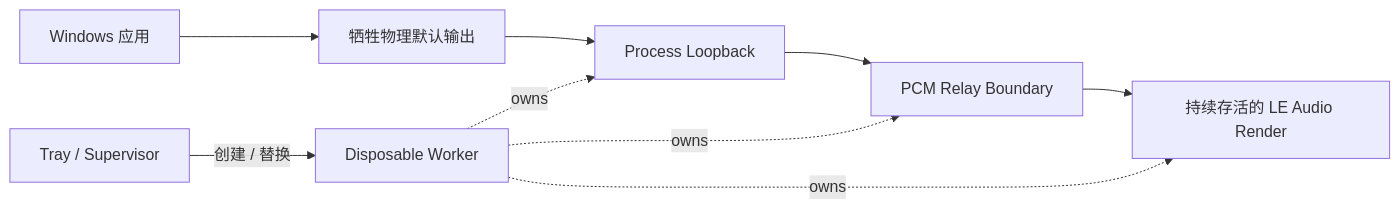
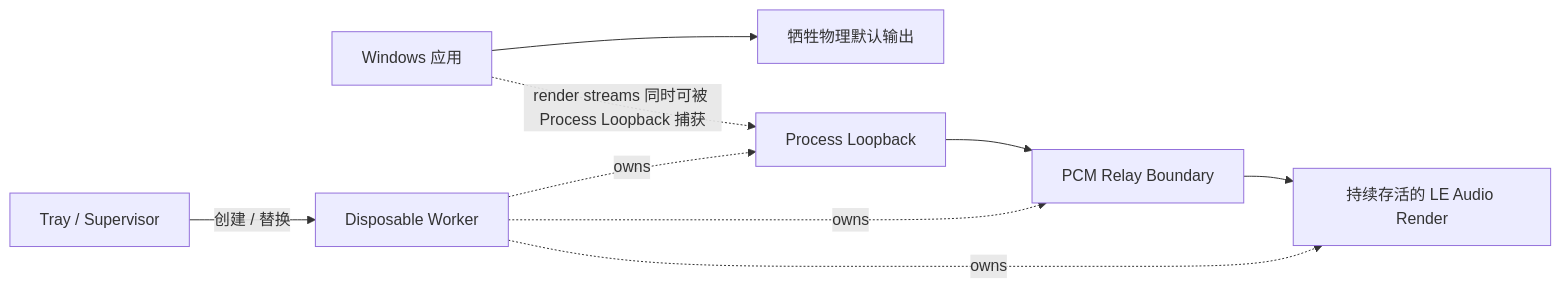
One commit to STanJK/LE-Audio-Relay changed the diagram in README.zh-CN.md. Above: the diagram before and after it, drawn with Mermaid. The commit also changed other lines of this file, not shown here.

````diff
--- a/README.zh-CN.md
+++ b/README.zh-CN.md
@@ -108,20 +114,20 @@
 ```mermaid
 flowchart LR
     Apps["Windows 应用"]
     Sink["牺牲物理默认输出"]
     Capture["Process Loopback"]
     Ring["PCM Relay Boundary"]
     Buds["持续存活的 LE Audio Render"]
     Tray["Tray / Supervisor"]
     Worker["Disposable Worker"]
 
     Apps --> Sink
-    Sink --> Capture
+    Apps -. "render streams 同时可被 Process Loopback 捕获" .-> Capture
     Capture --> Ring
     Ring --> Buds
 
     Tray -->|"创建 / 替换"| Worker
     Worker -. owns .-> Capture
     Worker -. owns .-> Ring
     Worker -. owns .-> Buds
 ```
````
